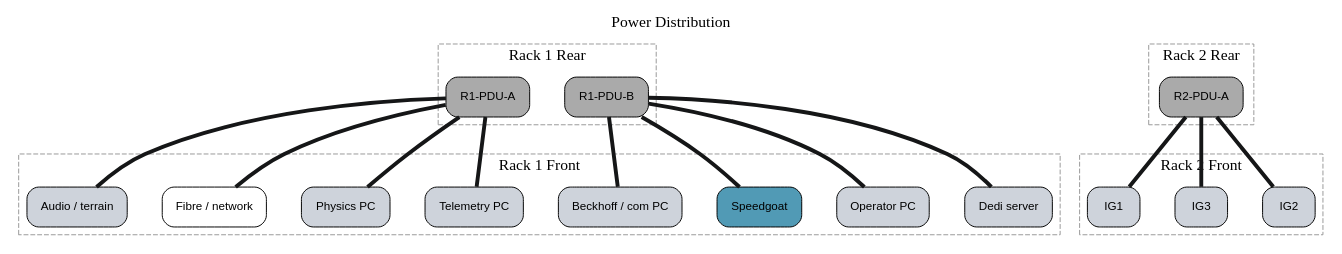
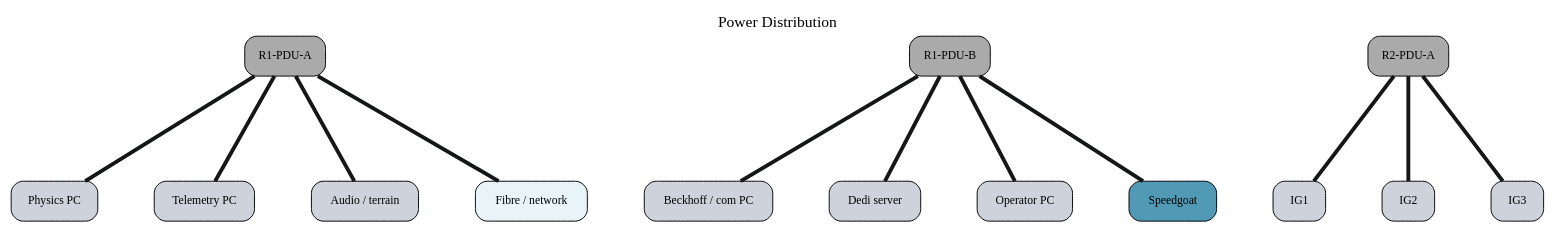
Before and after one commit to BenjiPestell/rack-diagram-demo: the diagram in wiring_power_distribution.dot, drawn with Graphviz. The commit also changed 9 other files, not shown here.

```diff
--- a/wiring_power_distribution.dot
+++ b/wiring_power_distribution.dot
@@ -1,149 +1,168 @@
 graph "Power Distribution" {
 
   graph [
     rankdir=TB,
-    nodesep=0.5,
-    ranksep=1.0,
+    nodesep=0.8,
+    ranksep=1.5,
     bgcolor="white",
     label="Power Distribution",
     labelloc=t,
     fontsize=16,
-    fontname="Arial Bold"
+    fontname="Sinkin Sans 400 Regular"
   ];
 
   node [
     shape=box,
     style="rounded,filled",
     fillcolor="#E8F4F8",
     fontsize=12,
-    fontname="Arial",
+    fontname="Sinkin Sans 400 Regular",
     margin=0.2
   ];
 
   edge [
     color="#151617",
     style=solid,
     penwidth=4.0
   ];
 
-  // Devices by rack
-  subgraph cluster_rack1_front {
+  // Sources
+  subgraph cluster_tier0_rack1_rear {
+    label="Rack 1 Rear";
+    style=dashed;
+    color="#999999";
+    fontname="Sinkin Sans 400 Regular";
+
+    "R1-PDU-A" [
+      label="R1-PDU-A",
+      fillcolor="#AAAAAA"
+    ];
+    "R1-PDU-B" [
+      label="R1-PDU-B",
+      fillcolor="#AAAAAA"
+    ];
+  }
+
+  subgraph cluster_tier0_rack2_rear {
+    label="Rack 2 Rear";
+    style=dashed;
+    color="#999999";
+    fontname="Sinkin Sans 400 Regular";
+
+    "R2-PDU-A" [
+      label="R2-PDU-A",
+      fillcolor="#AAAAAA"
+    ];
+  }
+
+  // Compute
+  subgraph cluster_tier1_rack1_front {
     label="Rack 1 Front";
     style=dashed;
     color="#999999";
+    fontname="Sinkin Sans 400 Regular";
 
-    "Audio___terrain" [
-      label="Audio / terrain",
-      fillcolor="#ced3db"
-    ];
     "Beckhoff___com_PC" [
       label="Beckhoff / com PC",
       fillcolor="#ced3db"
     ];
     "Dedi_server" [
       label="Dedi server",
       fillcolor="#ced3db"
-    ];
-    "Fibre___network" [
-      label="Fibre / network",
-      fillcolor="#FFFFFF"
     ];
     "Operator_PC" [
       label="Operator PC",
       fillcolor="#ced3db"
     ];
     "Physics_PC" [
       label="Physics PC",
       fillcolor="#ced3db"
     ];
     "Speedgoat" [
       label="Speedgoat",
       fillcolor="#519AB5"
     ];
     "Telemetry_PC" [
       label="Telemetry PC",
       fillcolor="#ced3db"
     ];
   }
 
-  subgraph cluster_rack1_rear {
-    label="Rack 1 Rear";
-    style=dashed;
-    color="#999999";
-
-    "R1-PDU-A" [
-      label="R1-PDU-A",
-      fillcolor="#AAAAAA"
-    ];
-    "R1-PDU-B" [
-      label="R1-PDU-B",
-      fillcolor="#AAAAAA"
-    ];
-  }
-
-  subgraph cluster_rack2_front {
+  subgraph cluster_tier1_rack2_front {
     label="Rack 2 Front";
     style=dashed;
     color="#999999";
+    fontname="Sinkin Sans 400 Regular";
 
     "IG1" [
       label="IG1",
       fillcolor="#ced3db"
     ];
     "IG2" [
       label="IG2",
       fillcolor="#ced3db"
     ];
     "IG3" [
       label="IG3",
       fillcolor="#ced3db"
     ];
   }
 
-  subgraph cluster_rack2_rear {
-    label="Rack 2 Rear";
+  // Infrastructure
+  subgraph cluster_tier2_rack1_front {
+    label="Rack 1 Front";
     style=dashed;
     color="#999999";
+    fontname="Sinkin Sans 400 Regular";
 
-    "R2-PDU-A" [
-      label="R2-PDU-A",
-      fillcolor="#AAAAAA"
+    "Audio___terrain" [
+      label="Audio / terrain",
+      fillcolor="#ced3db"
     ];
   }
+
+  // Infrastructure - External
+  "Fibre___network" [
+    label="Fibre / network"
+  ];
+
+  { rank=same; "R1-PDU-A"; "R1-PDU-B"; "R2-PDU-A"; }
+  { rank=same; "Telemetry_PC"; "Physics_PC"; "Speedgoat"; "Operator_PC"; "Dedi_server"; "Beckhoff___com_PC"; "IG1"; "IG2"; "IG3"; }
+  { rank=same; "Audio___terrain"; "Fibre___network"; }
 
   // Connections
   "R1-PDU-A" -- "Audio___terrain" [
     color="#151617", style=solid, penwidth=4.0
   ];
   "R1-PDU-A" -- "Telemetry_PC" [
     color="#151617", style=solid, penwidth=4.0
   ];
   "R1-PDU-A" -- "Fibre___network" [
     color="#151617", style=solid, penwidth=4.0
   ];
   "R1-PDU-A" -- "Physics_PC" [
     color="#151617", style=solid, penwidth=4.0
   ];
   "R1-PDU-B" -- "Speedgoat" [
     color="#151617", style=solid, penwidth=4.0
   ];
   "R1-PDU-B" -- "Operator_PC" [
     color="#151617", style=solid, penwidth=4.0
   ];
   "R1-PDU-B" -- "Dedi_server" [
     color="#151617", style=solid, penwidth=4.0
   ];
   "R1-PDU-B" -- "Beckhoff___com_PC" [
     color="#151617", style=solid, penwidth=4.0
   ];
   "R2-PDU-A" -- "IG1" [
     color="#151617", style=solid, penwidth=4.0
   ];
   "R2-PDU-A" -- "IG2" [
     color="#151617", style=solid, penwidth=4.0
   ];
   "R2-PDU-A" -- "IG3" [
     color="#151617", style=solid, penwidth=4.0
   ];
 
 }
```
